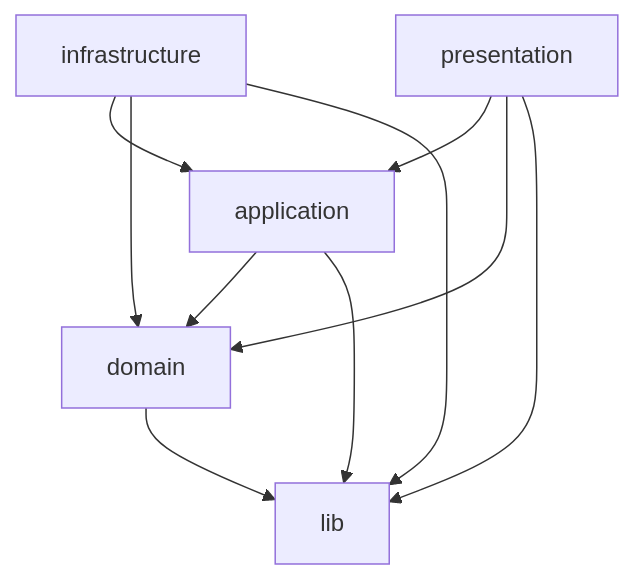
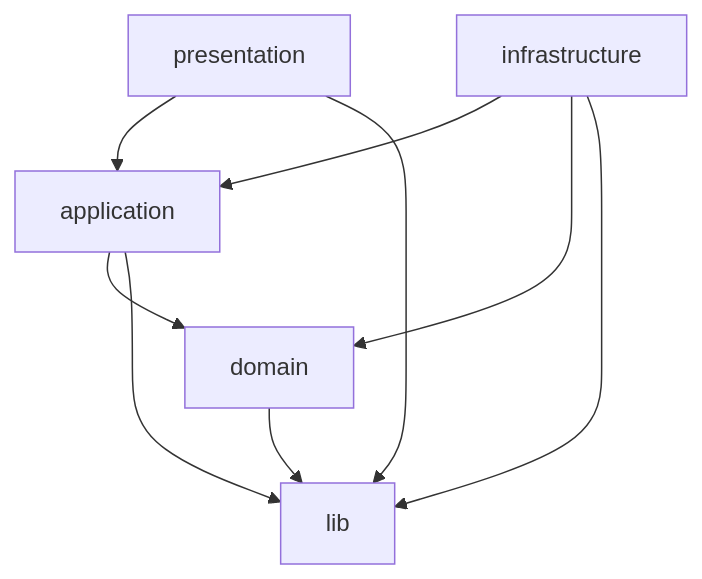
The diagram in docs/architecture.md (makeUgreat/nocap), drawn with Mermaid before and after one commit. The commit also changed other lines of this file and 16 other files, not shown here.

````diff
--- a/docs/architecture.md
+++ b/docs/architecture.md
@@ -45,12 +52,11 @@
 ```mermaid
 flowchart TD
   presentation --> application
   infrastructure --> application
   application --> domain
   infrastructure --> domain
-  presentation --> domain
   domain --> lib
   application --> lib
   infrastructure --> lib
   presentation --> lib
 ```
````
